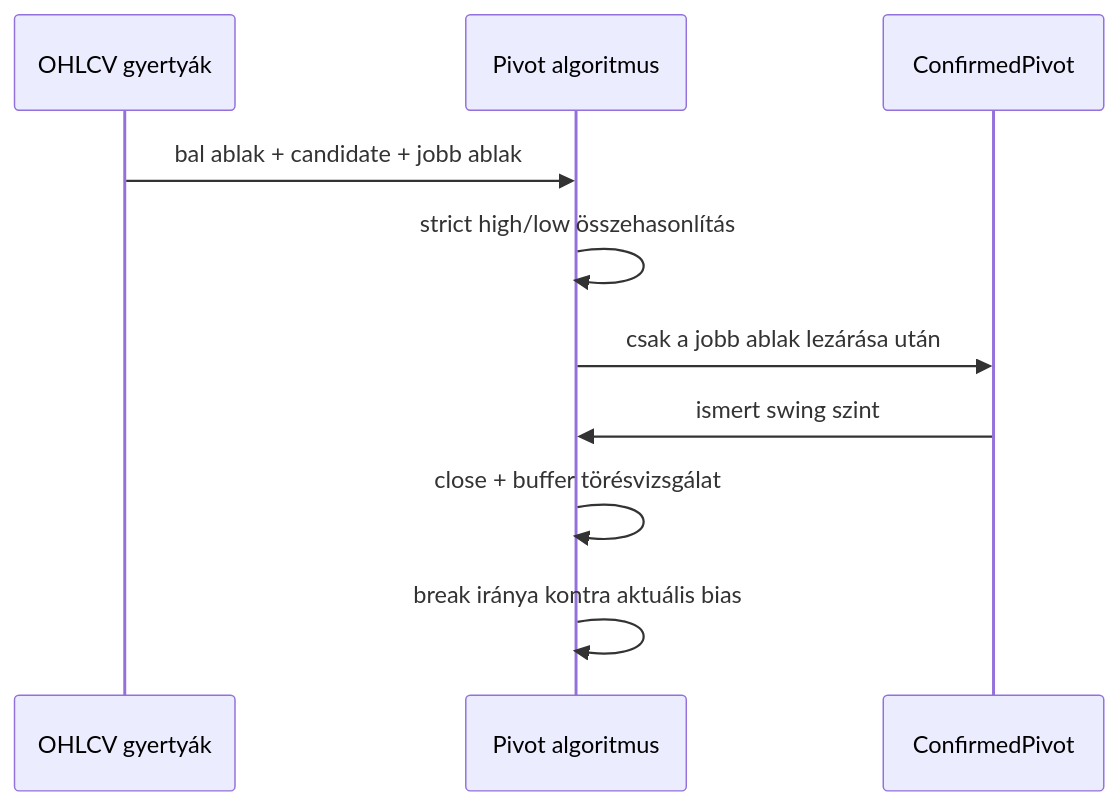
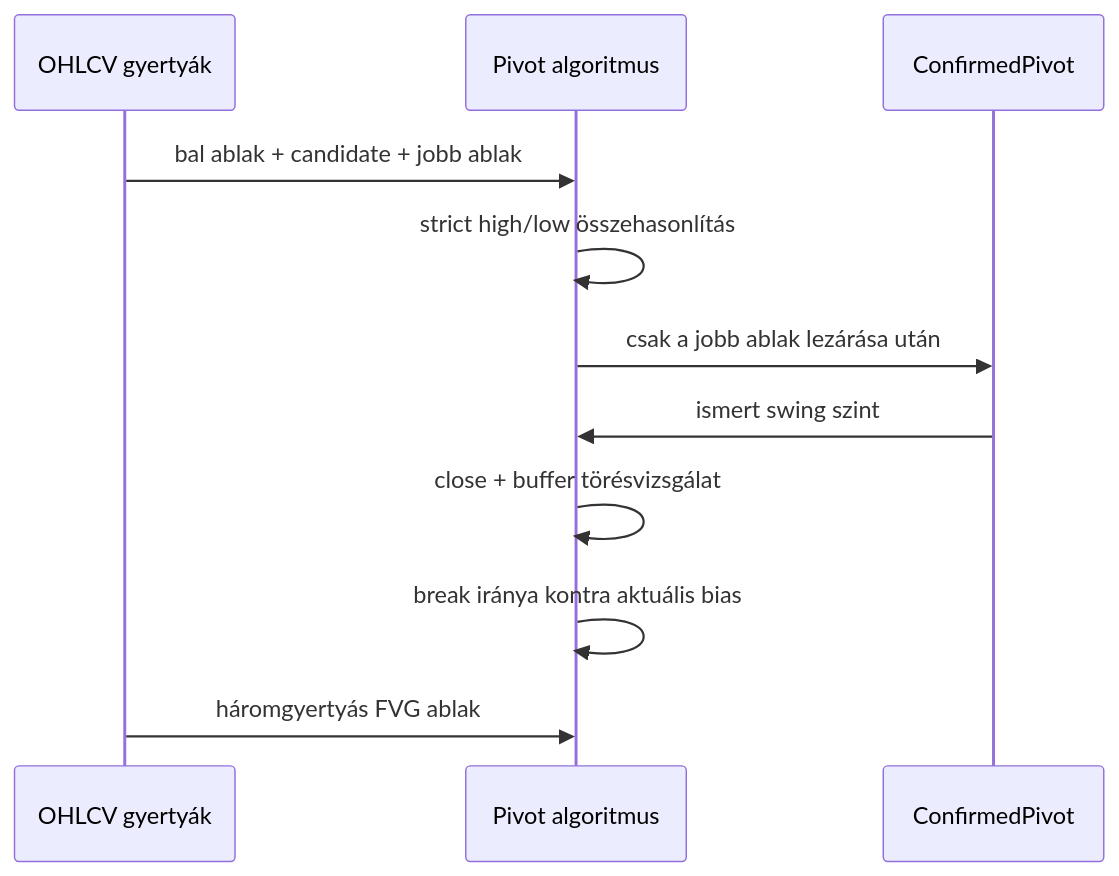
Before and after one commit to varben685/cx2: the diagram in docs/learning/phase-01-domain-model.md, drawn with Mermaid. The commit also changed other lines of this file and 5 other files, not shown here.

````diff
--- a/docs/learning/phase-01-domain-model.md
+++ b/docs/learning/phase-01-domain-model.md
@@ -35,13 +41,14 @@
 ```mermaid
 sequenceDiagram
     participant Data as OHLCV gyertyák
     participant Algo as Pivot algoritmus
     participant Pivot as ConfirmedPivot
 
     Data->>Algo: bal ablak + candidate + jobb ablak
     Algo->>Algo: strict high/low összehasonlítás
     Algo->>Pivot: csak a jobb ablak lezárása után
     Pivot->>Algo: ismert swing szint
     Algo->>Algo: close + buffer törésvizsgálat
     Algo->>Algo: break iránya kontra aktuális bias
+    Data->>Algo: háromgyertyás FVG ablak
 ```
````
